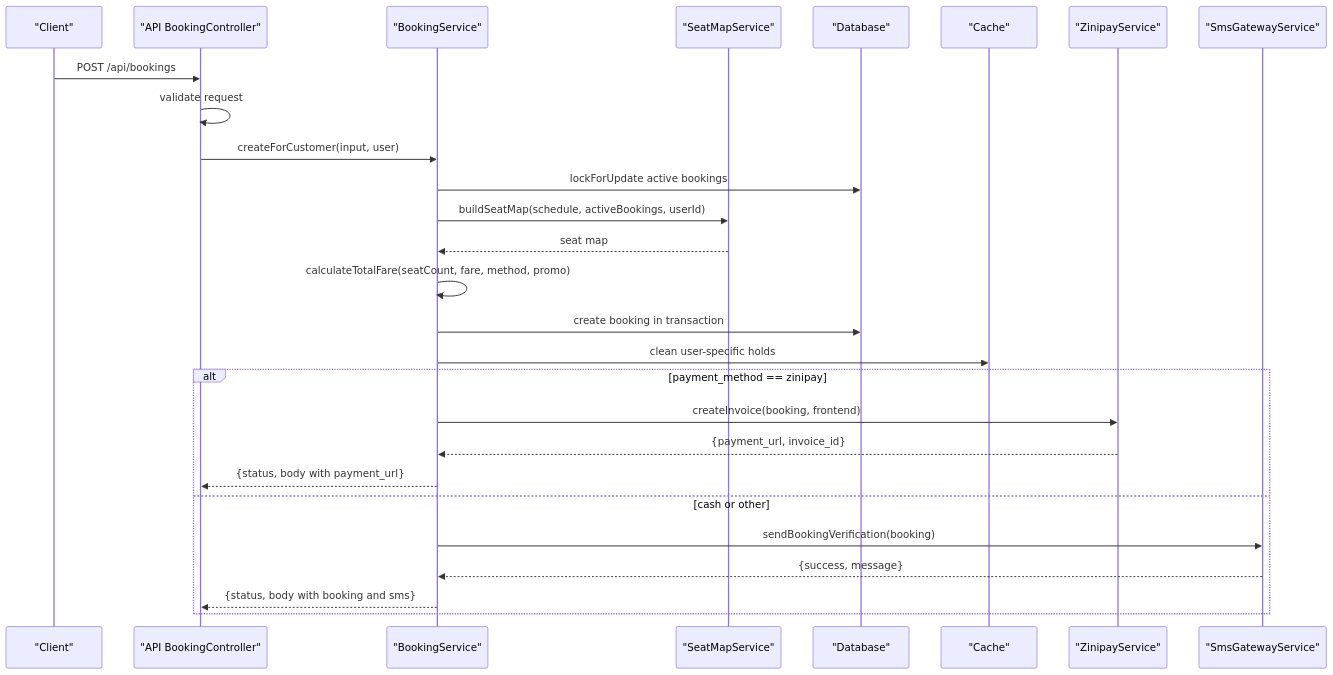
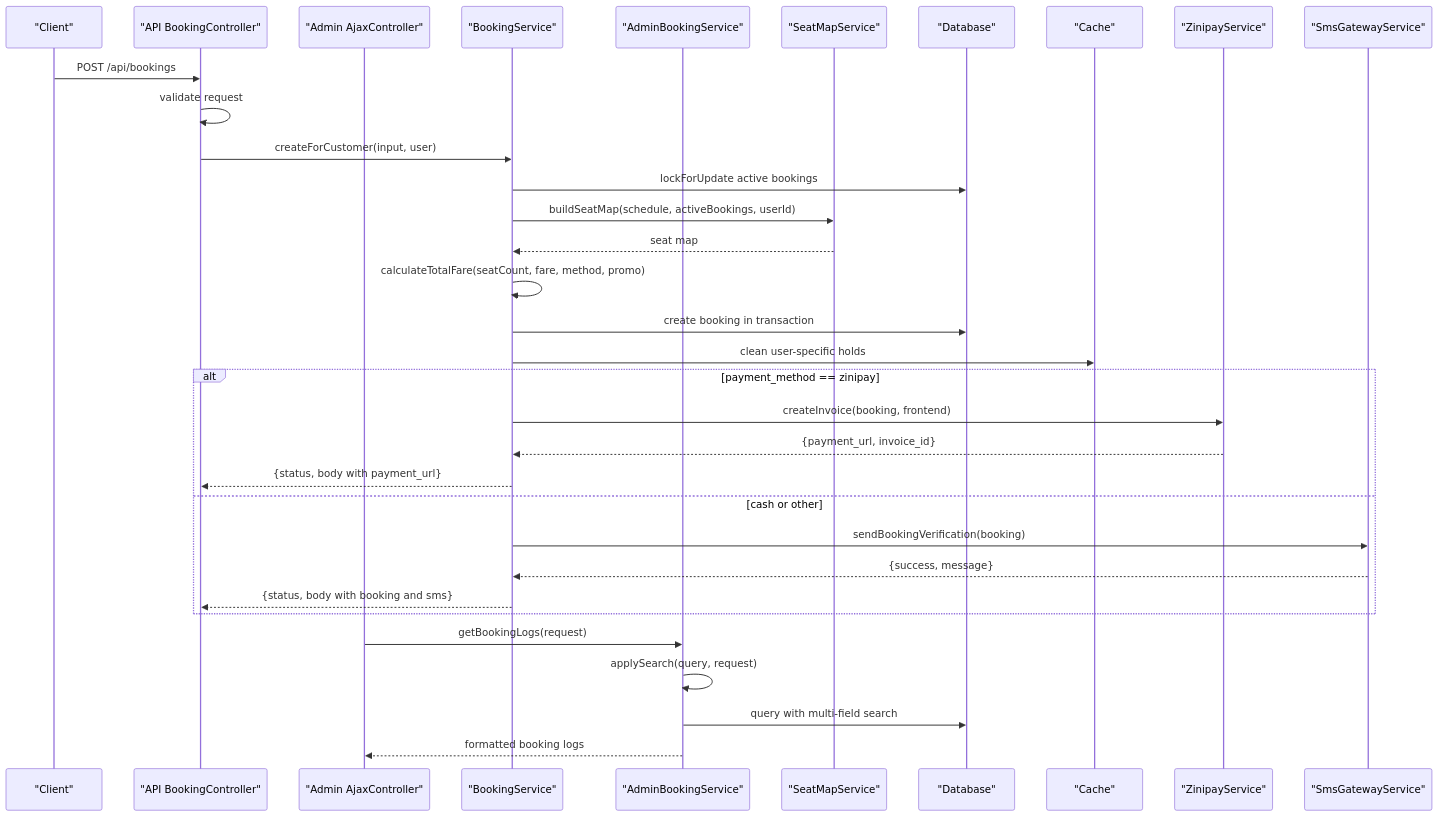
The second of 9 diagrams in .qoder/repowiki/en/content/System Architecture/Backend Architecture/Service Layer Design/Service Layer Design.md (mahbub095/bus-app), drawn with Mermaid before and after one commit. The commit also changed other lines of this file and 119 other files, not shown here.

````diff
--- a/.qoder/repowiki/en/content/System Architecture/Backend Architecture/Service Layer Design/Service Layer Design.md
+++ b/.qoder/repowiki/en/content/System Architecture/Backend Architecture/Service Layer Design/Service Layer Design.md
@@ -249,29 +321,35 @@
 ```mermaid
 sequenceDiagram
 participant Client as "Client"
 participant ApiCtrl as "API BookingController"
+participant AdminAjaxCtrl as "Admin AjaxController"
 participant BookingSvc as "BookingService"
+participant AdminBookingSvc as "AdminBookingService"
 participant SeatMapSvc as "SeatMapService"
 participant DB as "Database"
 participant Cache as "Cache"
 participant ZiniSvc as "ZinipayService"
 participant SmsSvc as "SmsGatewayService"
 Client->>ApiCtrl : POST /api/bookings
 ApiCtrl->>ApiCtrl : validate request
 ApiCtrl->>BookingSvc : createForCustomer(input, user)
 BookingSvc->>DB : lockForUpdate active bookings
 BookingSvc->>SeatMapSvc : buildSeatMap(schedule, activeBookings, userId)
 SeatMapSvc-->>BookingSvc : seat map
 BookingSvc->>BookingSvc : calculateTotalFare(seatCount, fare, method, promo)
 BookingSvc->>DB : create booking in transaction
 BookingSvc->>Cache : clean user-specific holds
 alt payment_method == zinipay
 BookingSvc->>ZiniSvc : createInvoice(booking, frontend)
 ZiniSvc-->>BookingSvc : {payment_url, invoice_id}
 BookingSvc-->>ApiCtrl : {status, body with payment_url}
 else cash or other
 BookingSvc->>SmsSvc : sendBookingVerification(booking)
 SmsSvc-->>BookingSvc : {success, message}
 BookingSvc-->>ApiCtrl : {status, body with booking and sms}
 end
+AdminAjaxCtrl->>AdminBookingSvc : getBookingLogs(request)
+AdminBookingSvc->>AdminBookingSvc : applySearch(query, request)
+AdminBookingSvc->>DB : query with multi-field search
+AdminBookingSvc-->>AdminAjaxCtrl : formatted booking logs
 ```
````
